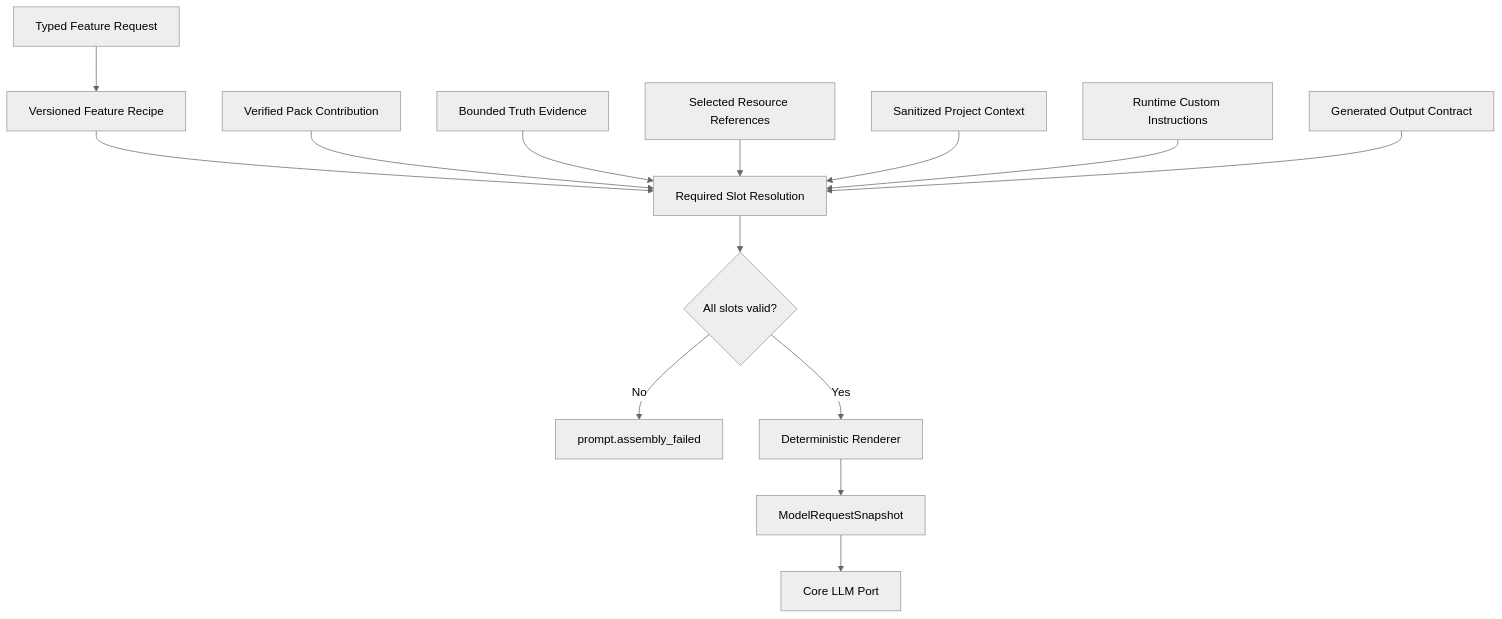
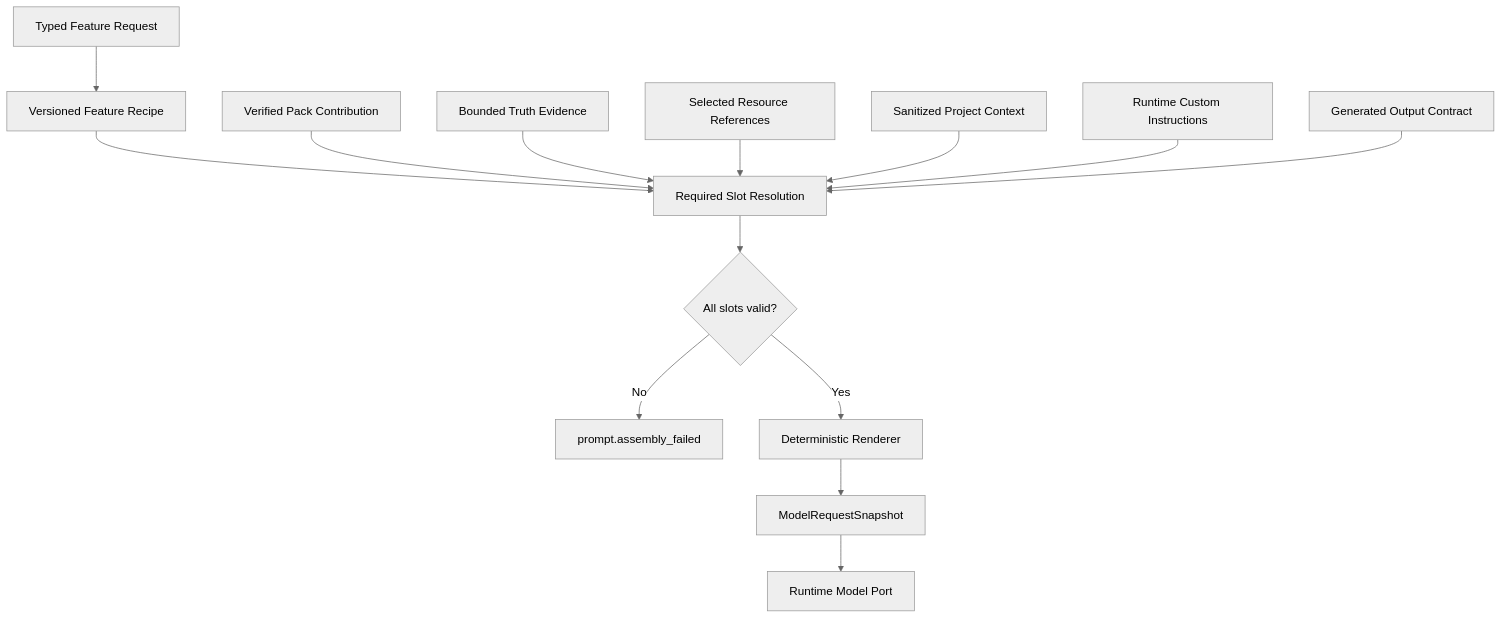
Before and after one commit to Frashmeat/AgentForSTS2: the fifth of 8 diagrams in docs/03-当前方案/2026-08-02-Stage-2分层能力与资源架构方案.md, drawn with Mermaid (neutral theme). The commit also changed other lines of this file and 221 other files, not shown here.

````diff
--- a/docs/03-当前方案/2026-08-02-Stage-2分层能力与资源架构方案.md
+++ b/docs/03-当前方案/2026-08-02-Stage-2分层能力与资源架构方案.md
@@ -364,16 +364,16 @@
 ```mermaid
 flowchart TB
     Request["Typed Feature Request"] --> Recipe["Versioned Feature Recipe"]
     Recipe --> Slots["Required Slot Resolution"]
     Pack["Verified Pack Contribution"] --> Slots
     Truth["Bounded Truth Evidence"] --> Slots
     Resources["Selected Resource References"] --> Slots
     Project["Sanitized Project Context"] --> Slots
     Custom["Runtime Custom Instructions"] --> Slots
     Contract["Generated Output Contract"] --> Slots
     Slots --> Gate{"All slots valid?"}
     Gate -->|No| Reject["prompt.assembly_failed"]
     Gate -->|Yes| Render["Deterministic Renderer"]
     Render --> Snapshot["ModelRequestSnapshot"]
-    Snapshot --> LLM["Core LLM Port"]
+    Snapshot --> LLM["Runtime Model Port"]
 ```
````
